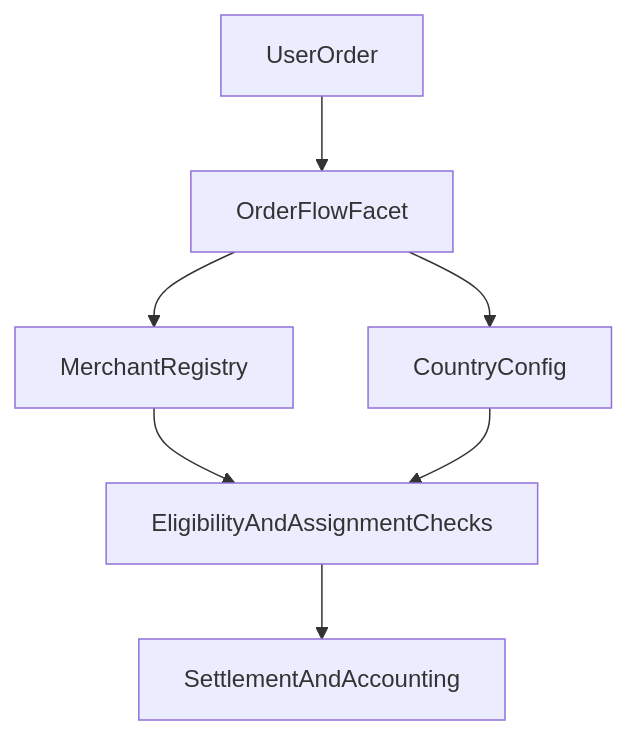
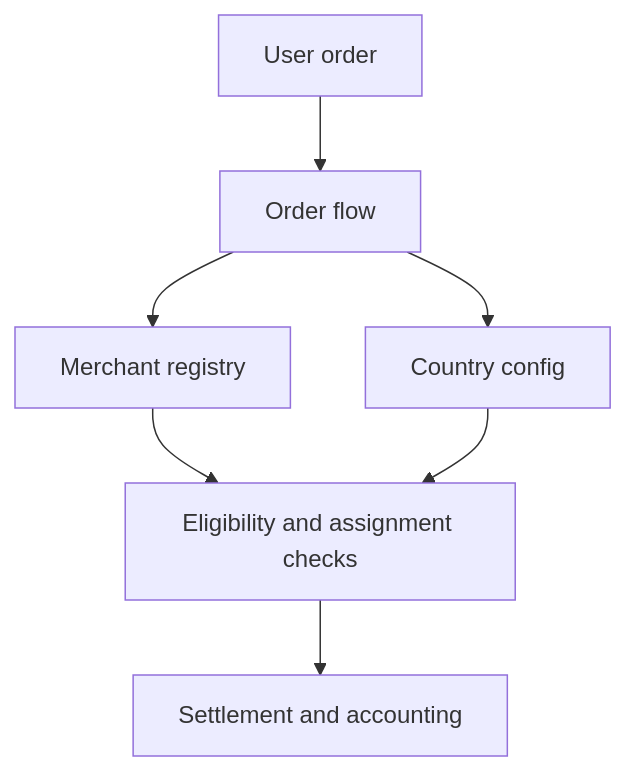
Before and after one commit to victorbss/p2p.me-docs: the diagram in for-merchants/circles-of-trust.md, drawn with Mermaid. The commit also changed 31 other files, not shown here.

````diff
--- a/for-merchants/circles-of-trust.md
+++ b/for-merchants/circles-of-trust.md
@@ -12,16 +12,16 @@
 ```mermaid
 flowchart TD
-    user[UserOrder]
-    orderFlow[OrderFlowFacet]
-    registry[MerchantRegistry]
-    country[CountryConfig]
-    assignment[EligibilityAndAssignmentChecks]
-    settlement[SettlementAndAccounting]
+    user[User order]
+    orderFlow[Order flow]
+    registry[Merchant registry]
+    country[Country config]
+    assignment[Eligibility and assignment checks]
+    settlement[Settlement and accounting]
 
     user --> orderFlow
     orderFlow --> registry
     orderFlow --> country
     registry --> assignment
     country --> assignment
     assignment --> settlement
 ```
````
